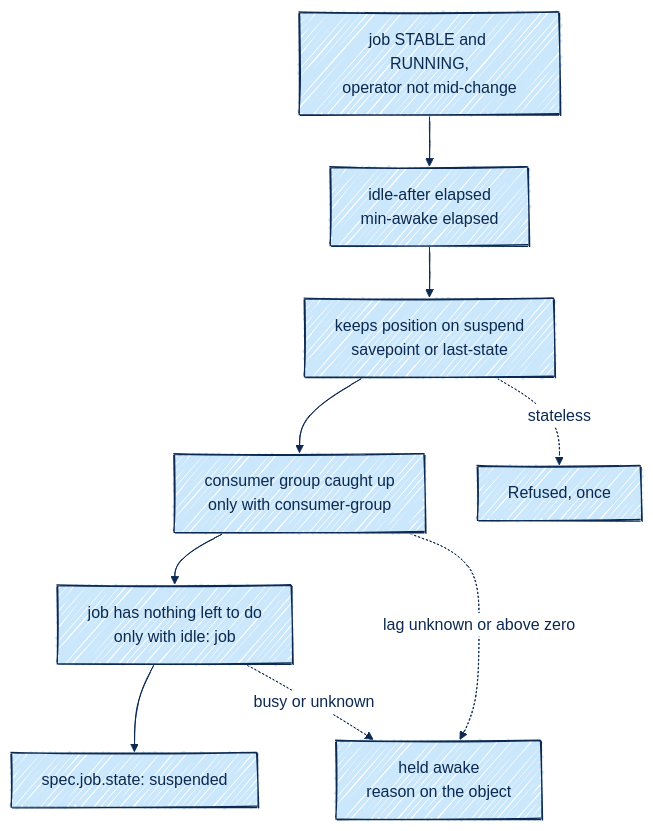
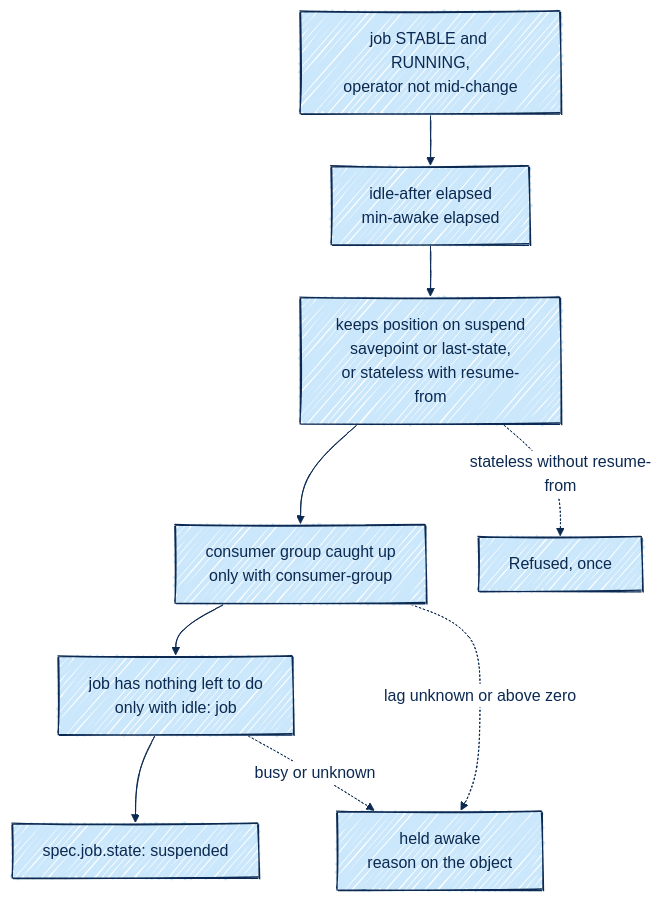
The third of 3 diagrams in docs/concepts.md (patrk/flink-siesta), drawn with Mermaid before and after one commit. The commit also changed other lines of this file and 24 other files, not shown here.

First line of the commit message:
feat: stateless jobs may sleep when they resume from group offsets (ADR 15) (#3)

````diff
--- a/docs/concepts.md
+++ b/docs/concepts.md
@@ -47,12 +47,12 @@
 ```mermaid
 %%{init: {"look": "handDrawn", "theme": "base", "themeVariables": {"primaryColor": "#cbe7fb", "primaryTextColor": "#0b2951", "primaryBorderColor": "#0b2951", "lineColor": "#0b2951", "secondaryColor": "#e6f2fc", "tertiaryColor": "#ffffff", "edgeLabelBackground": "#ffffff"}}}%%
 flowchart TD
     A["job STABLE and RUNNING,<br>operator not mid-change"] --> B["idle-after elapsed<br>min-awake elapsed"]
-    B --> C["keeps position on suspend<br>savepoint or last-state"]
+    B --> C["keeps position on suspend<br>savepoint or last-state,<br>or stateless with resume-from"]
     C --> D["consumer group caught up<br>only with consumer-group"]
     D --> E["job has nothing left to do<br>only with idle: job"]
     E --> S["spec.job.state: suspended"]
-    C -. stateless .-> R["Refused, once"]
+    C -. stateless without resume-from .-> R["Refused, once"]
     D -. lag unknown or above zero .-> H["held awake<br>reason on the object"]
     E -. busy or unknown .-> H
 ```
````
